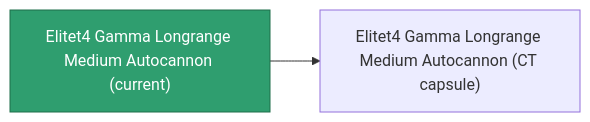
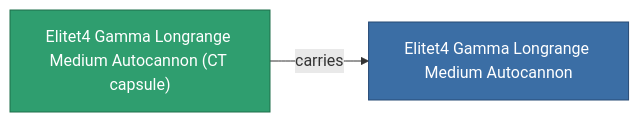
The diagram in content/content/items/elitet4_gamma_longrange_medium_autocannon.md (OpenPerpetuum/Wiki), drawn with Mermaid before and after one commit. The commit also changed other lines of this file and 2015 other files, not shown here.

````diff
--- a/content/content/items/elitet4_gamma_longrange_medium_autocannon.md
+++ b/content/content/items/elitet4_gamma_longrange_medium_autocannon.md
@@ -39,8 +39,9 @@
 ```mermaid
 graph LR
-    a["Elitet4 Gamma Longrange Medium Autocannon (current)"]:::current
-    b["Elitet4 Gamma Longrange Medium Autocannon (CT capsule)"]
-    a --> b
-    click b "/content/items/elitet4-gamma-longrange-medium-autocannon-ct-capsule/" "Elitet4 Gamma Longrange Medium Autocannon (CT capsule)"
+    a["Elitet4 Gamma Longrange Medium Autocannon (CT capsule)"]:::current
+    b["Elitet4 Gamma Longrange Medium Autocannon"]:::finished
+    a -->|carries| b
+                click b "/content/items/elitet4-gamma-longrange-medium-autocannon/" "Elitet4 Gamma Longrange Medium Autocannon"
     classDef current fill:#2f9e6f,stroke:#1f6f4a,color:#ffffff
+    classDef finished fill:#3b6ea5,stroke:#274a75,color:#ffffff
 ```
````
